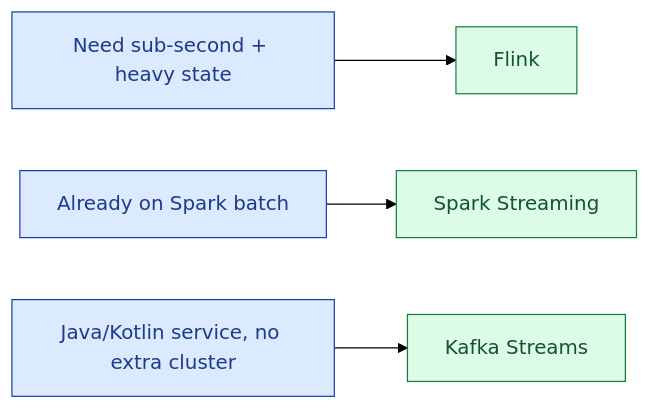
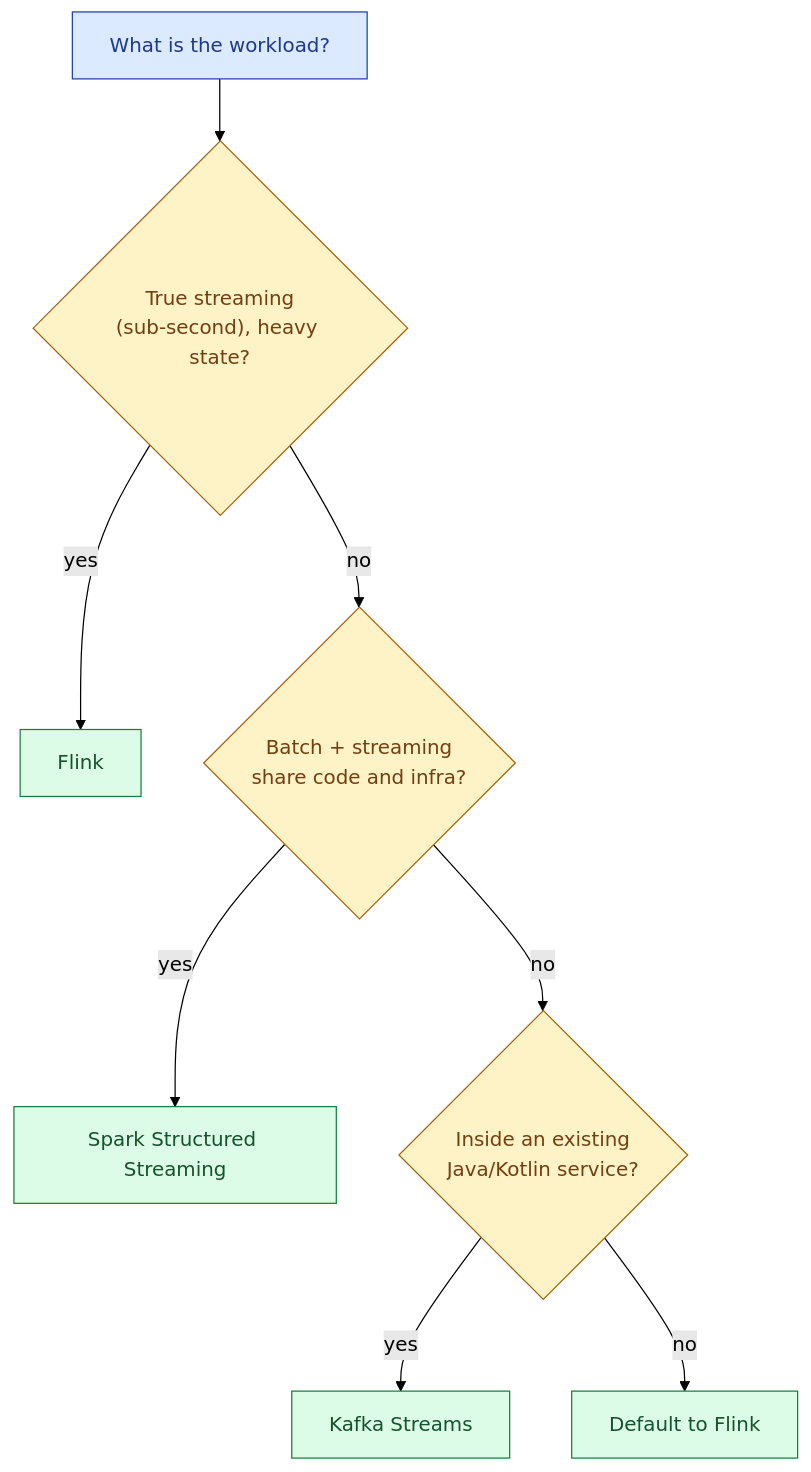
Before and after one commit to shiningflash/shiningflash.github.io: the fourth of 4 diagrams in _de_concepts/038-flink-vs-spark-vs-kafka-streams.md, drawn with Mermaid (forest theme). The commit also changed other lines of this file and 69 other files, not shown here.

````diff
--- a/_de_concepts/038-flink-vs-spark-vs-kafka-streams.md
+++ b/_de_concepts/038-flink-vs-spark-vs-kafka-streams.md
@@ -20,9 +153,15 @@
 ```mermaid
-flowchart LR
-    Use1["Need sub-second + heavy state"]:::a --> F["Flink"]:::g
-    Use2["Already on Spark batch"]:::a --> S["Spark Streaming"]:::g
-    Use3["Java/Kotlin service, no extra cluster"]:::a --> K["Kafka Streams"]:::g
+flowchart TB
+    Q["What is the workload?"]:::a
+    Q --> Q1{"True streaming<br/>(sub-second), heavy state?"}:::y
+    Q1 -->|"yes"| F["Flink"]:::g
+    Q1 -->|"no"| Q2{"Batch + streaming<br/>share code and infra?"}:::y
+    Q2 -->|"yes"| Sp["Spark Structured Streaming"]:::g
+    Q2 -->|"no"| Q3{"Inside an existing<br/>Java/Kotlin service?"}:::y
+    Q3 -->|"yes"| K["Kafka Streams"]:::g
+    Q3 -->|"no"| F2["Default to Flink"]:::g
 
     classDef a fill:#dbeafe,stroke:#1e40af,color:#1e3a8a
+    classDef y fill:#fef3c7,stroke:#a16207,color:#713f12
     classDef g fill:#dcfce7,stroke:#15803d,color:#14532d
 ```
````
